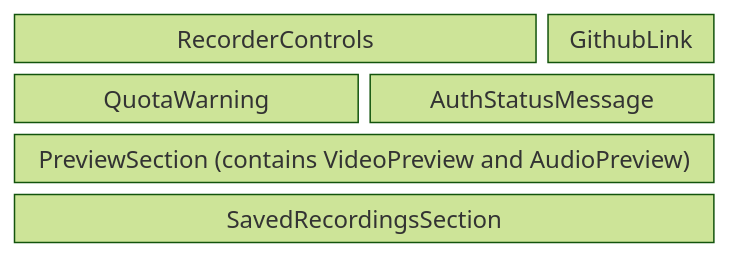
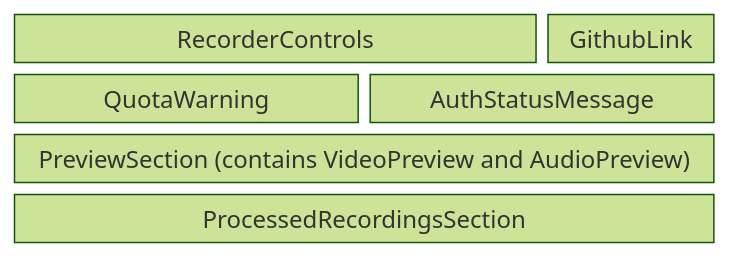
Before and after one commit to fknauf/ise-recorder: the third of 4 diagrams in frontend/doc/README.md, drawn with Mermaid (forest theme). The commit also changed other lines of this file and 9 other files, not shown here.

````diff
--- a/frontend/doc/README.md
+++ b/frontend/doc/README.md
@@ -213,8 +237,9 @@
 ```mermaid
 block
 columns 4
 controls["RecorderControls"]:3 ghlink["GithubLink"]
 quota["QuotaWarning"]:2 auth_status["AuthStatusMessage"]:2
 previews["PreviewSection (contains VideoPreview and AudioPreview)"]:4
 recordings["SavedRecordingsSection"]:4
+recordings["ProcessedRecordingsSection"]:4
 ```
````
